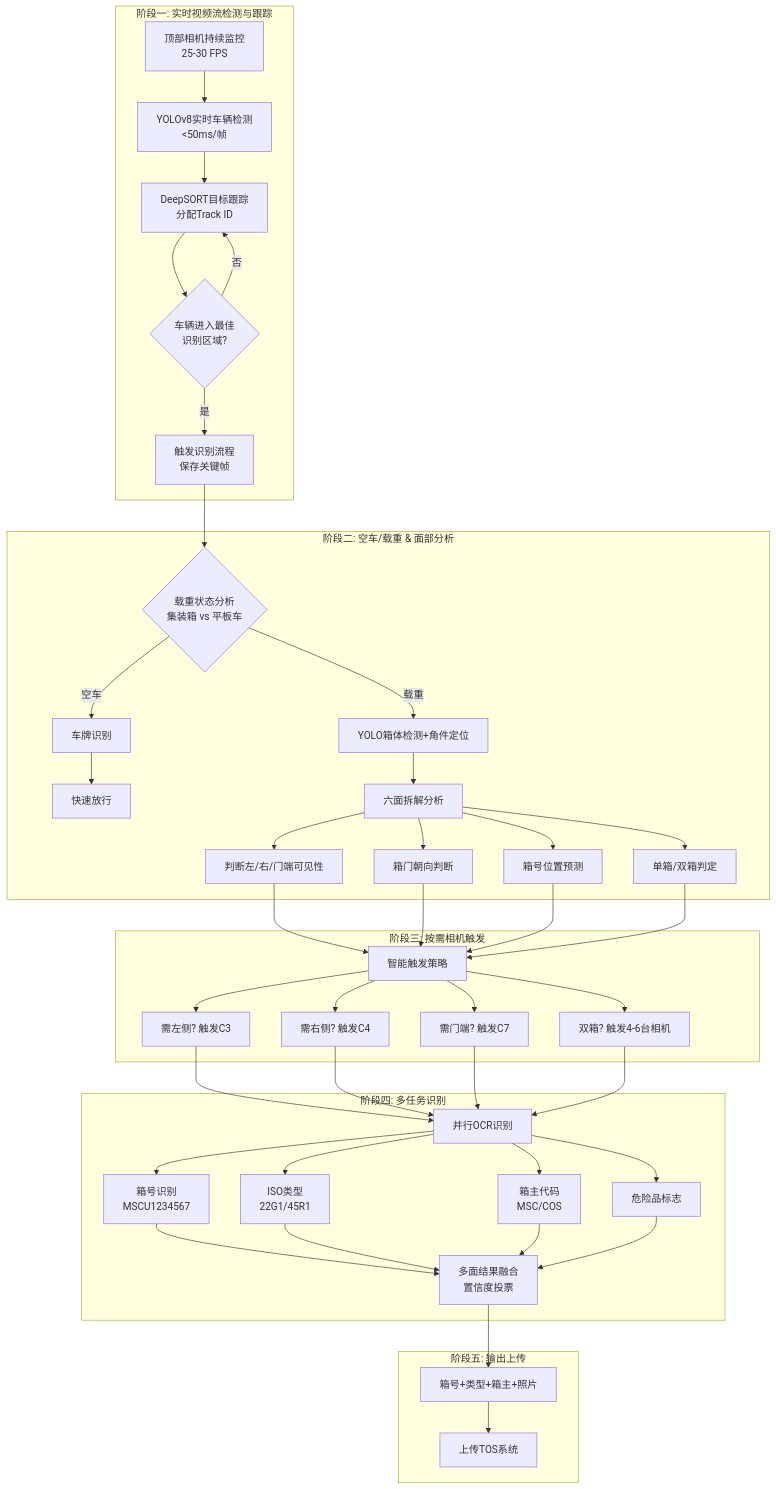
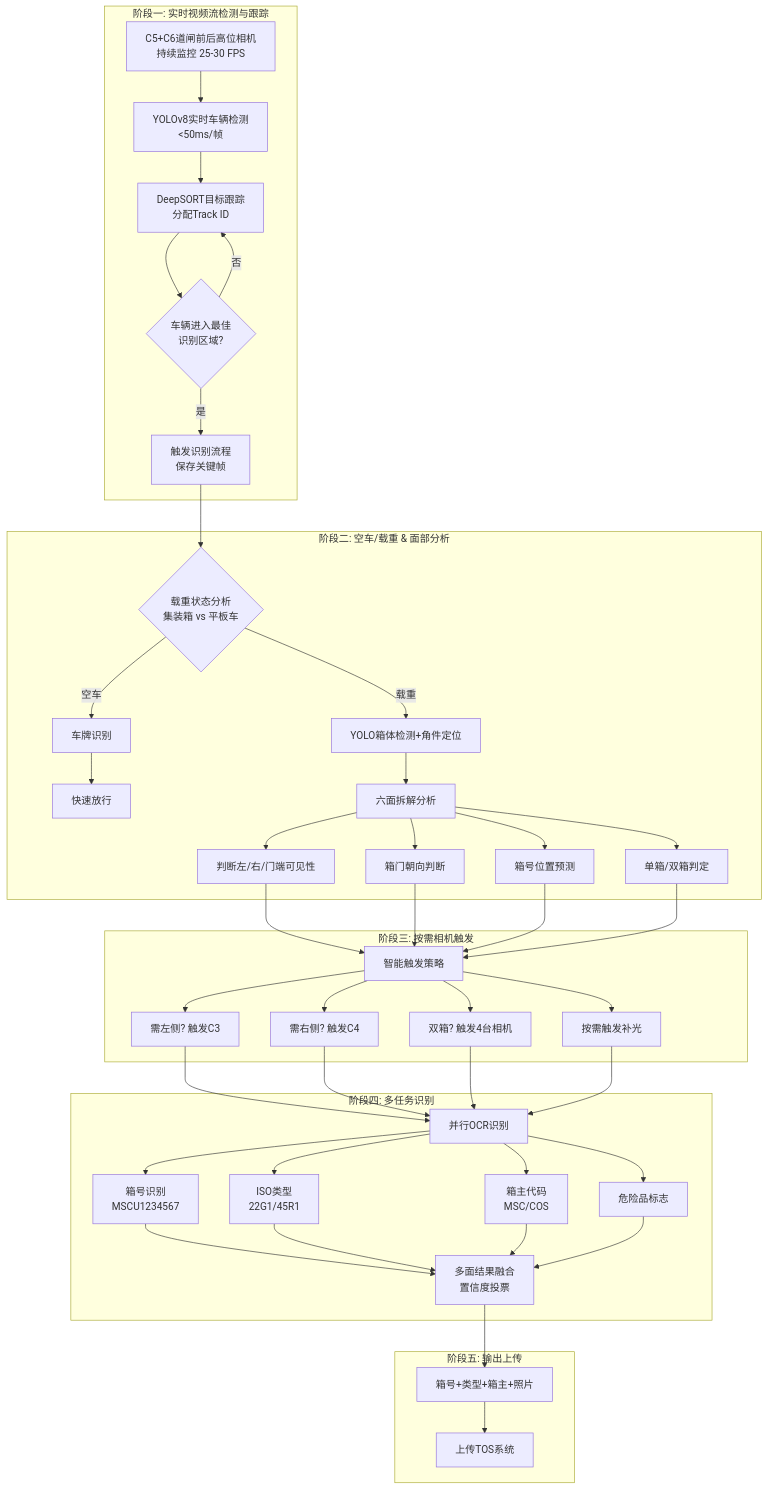
Before and after one commit to hpd840321/container-gate-dual-ai: the diagram in 道闸双柜识别方案.md, drawn with Mermaid. The commit also changed other lines of this file and 6 other files, not shown here.

````diff
--- a/道闸双柜识别方案.md
+++ b/道闸双柜识别方案.md
@@ -133,43 +160,43 @@
 ```mermaid
 graph TD
     subgraph "阶段一: 实时视频流检测与跟踪"
-        A[顶部相机持续监控<br/>25-30 FPS] --> B[YOLOv8实时车辆检测<br/><50ms/帧];
+        A[C5+C6道闸前后高位相机<br/>持续监控 25-30 FPS] --> B[YOLOv8实时车辆检测<br/><50ms/帧];
         B --> C[DeepSORT目标跟踪<br/>分配Track ID];
         C --> D{车辆进入最佳<br/>识别区域?};
         D -- 否 --> C;
         D -- 是 --> E[触发识别流程<br/>保存关键帧];
     end
     
     subgraph "阶段二: 空车/载重 & 面部分析"
         E --> F{载重状态分析<br/>集装箱 vs 平板车};
         F -- 空车 --> G[车牌识别] --> H[快速放行];
         F -- 载重 --> I[YOLO箱体检测+角件定位];
         I --> J[六面拆解分析];
         J --> J1[判断左/右/门端可见性];
         J --> J2[箱门朝向判断];
         J --> J3[箱号位置预测];
         J --> J4[单箱/双箱判定];
     end
     
     subgraph "阶段三: 按需相机触发"
         J1 & J2 & J3 & J4 --> K[智能触发策略];
         K --> K1[需左侧? 触发C3];
         K --> K2[需右侧? 触发C4];
-        K --> K3[需门端? 触发C7];
-        K --> K4[双箱? 触发4-6台相机];
+        K --> K3[双箱? 触发4台相机];
+        K --> K4[按需触发补光];
     end
     
     subgraph "阶段四: 多任务识别"
         K1 & K2 & K3 & K4 --> L[并行OCR识别];
         L --> L1[箱号识别<br/>MSCU1234567];
         L --> L2[ISO类型<br/>22G1/45R1];
         L --> L3[箱主代码<br/>MSC/COS];
         L --> L4[危险品标志];
         L1 & L2 & L3 & L4 --> M[多面结果融合<br/>置信度投票];
     end
     
     subgraph "阶段五: 输出上传"
         M --> N[箱号+类型+箱主+照片];
         N --> O[上传TOS系统];
     end
 ```
````
